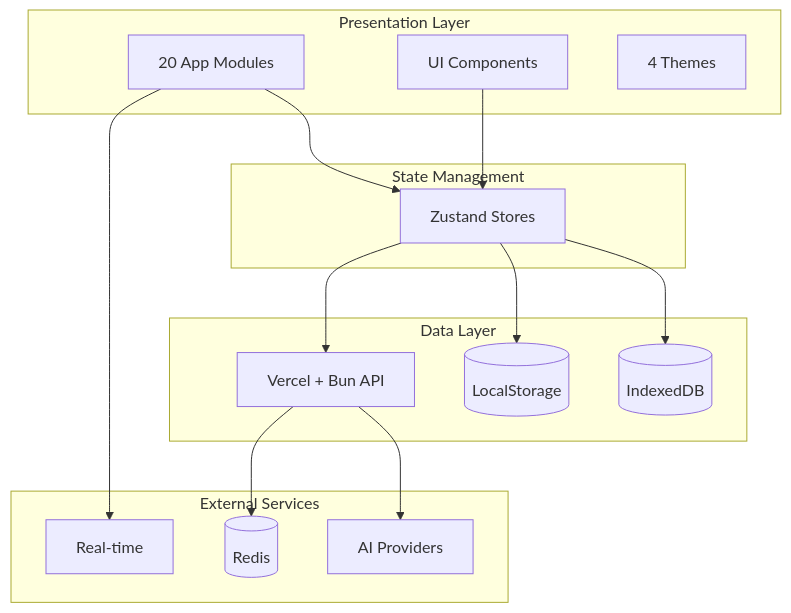
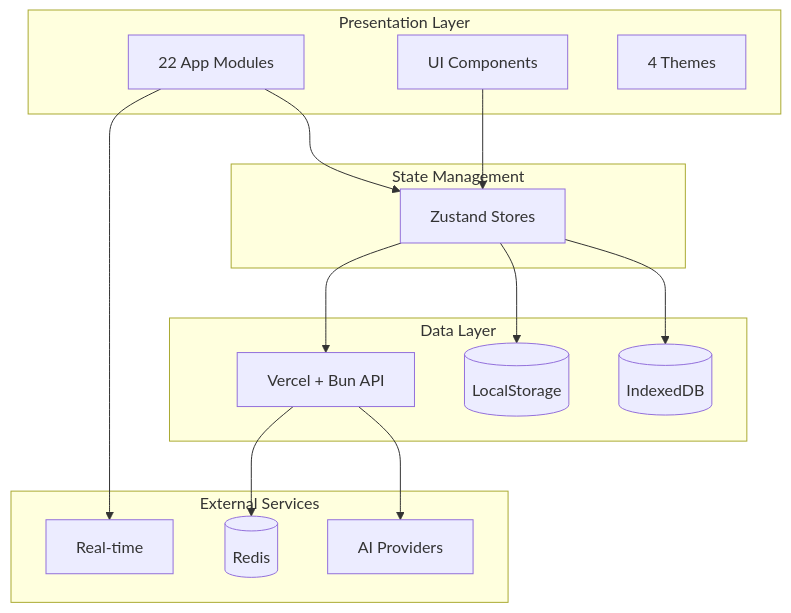
Before and after one commit to ryokun6/ryos: the diagram in docs/1-overview.md, drawn with Mermaid. The commit also changed other lines of this file and 55 other files, not shown here.

````diff
--- a/docs/1-overview.md
+++ b/docs/1-overview.md
@@ -7,33 +7,33 @@
 ```mermaid
 graph TB
     subgraph Presentation["Presentation Layer"]
-        Apps[20 App Modules]
+        Apps[22 App Modules]
         UI[UI Components]
         Themes[4 Themes]
     end
     
     subgraph State["State Management"]
         Zustand[Zustand Stores]
     end
     
     subgraph Data["Data Layer"]
         IndexedDB[(IndexedDB)]
         LocalStorage[(LocalStorage)]
         API[Vercel + Bun API]
     end
     
     subgraph External["External Services"]
         AI[AI Providers]
         Pusher[Real-time]
         Redis[(Redis)]
     end
     
     Apps --> Zustand
     UI --> Zustand
     Zustand --> IndexedDB
     Zustand --> LocalStorage
     Zustand --> API
     API --> AI
     API --> Redis
     Apps --> Pusher
 ```
````
